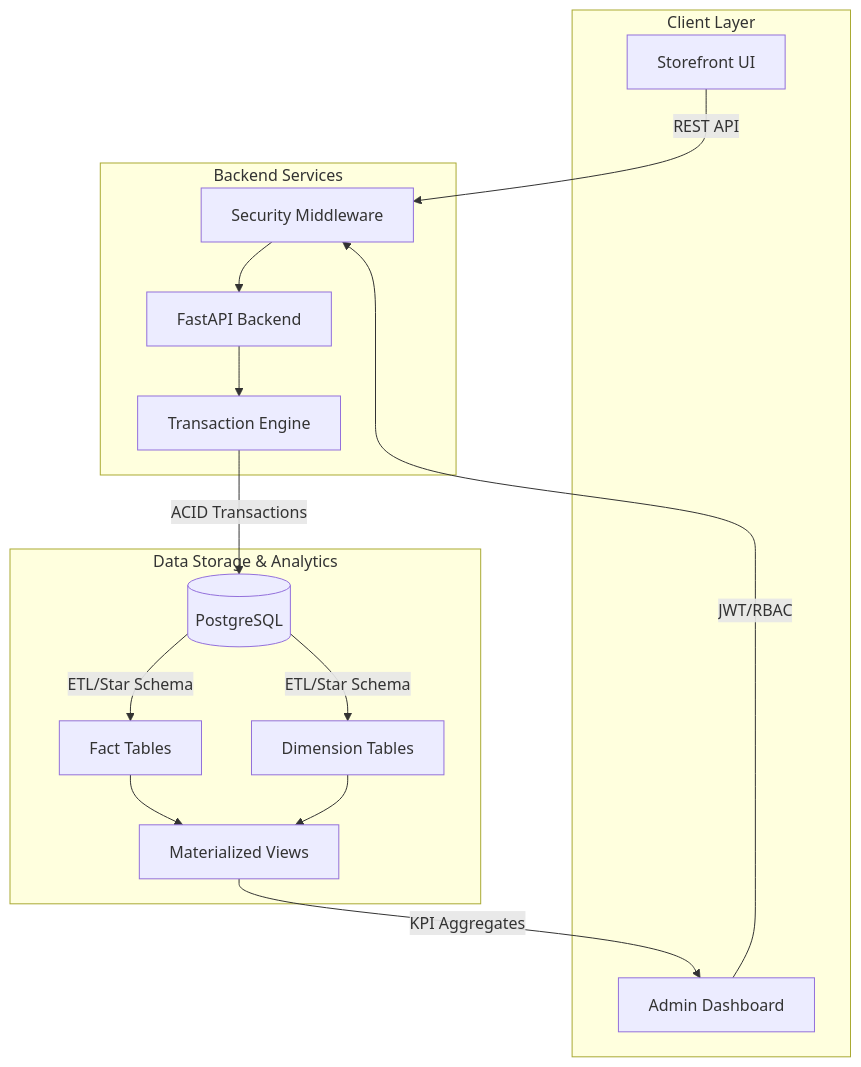
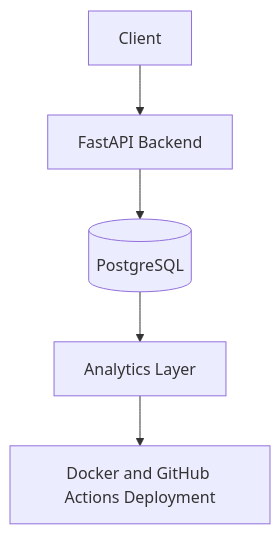
The first of 2 diagrams in README.md (girishk03/GlobalScart), drawn with Mermaid before and after one commit. The commit also changed other lines of this file, not shown here.

````diff
--- a/README.md
+++ b/README.md
@@ -20,32 +63,7 @@
 ```mermaid
 graph TD
-    subgraph Client_Layer [Client Layer]
-        C[Storefront UI]
-        A[Admin Dashboard]
-    end
-
-    subgraph Backend_Layer [Backend Services]
-        F[FastAPI Backend]
-        M[Security Middleware]
-        T[Transaction Engine]
-    end
-
-    subgraph Database_Layer [Data Storage & Analytics]
-        DB[(PostgreSQL)]
-        Fact[Fact Tables]
-        Dim[Dimension Tables]
-        Views[Materialized Views]
-    end
-
-    C -->|REST API| M
-    A -->|JWT/RBAC| M
-    M --> F
-    F --> T
-    T -->|ACID Transactions| DB
-    
-    DB -->|ETL/Star Schema| Dim
-    DB -->|ETL/Star Schema| Fact
-    Fact --> Views
-    Dim --> Views
-    Views -->|KPI Aggregates| A
+    A[Client] --> B[FastAPI Backend]
+    B --> C[(PostgreSQL)]
+    C --> D[Analytics Layer]
+    D --> E[Docker and GitHub Actions Deployment]
 ```
````
